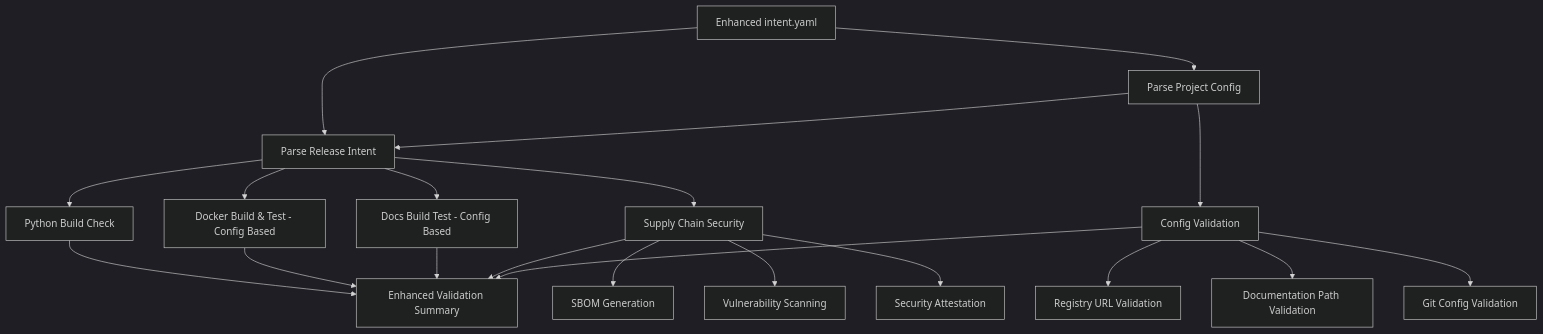
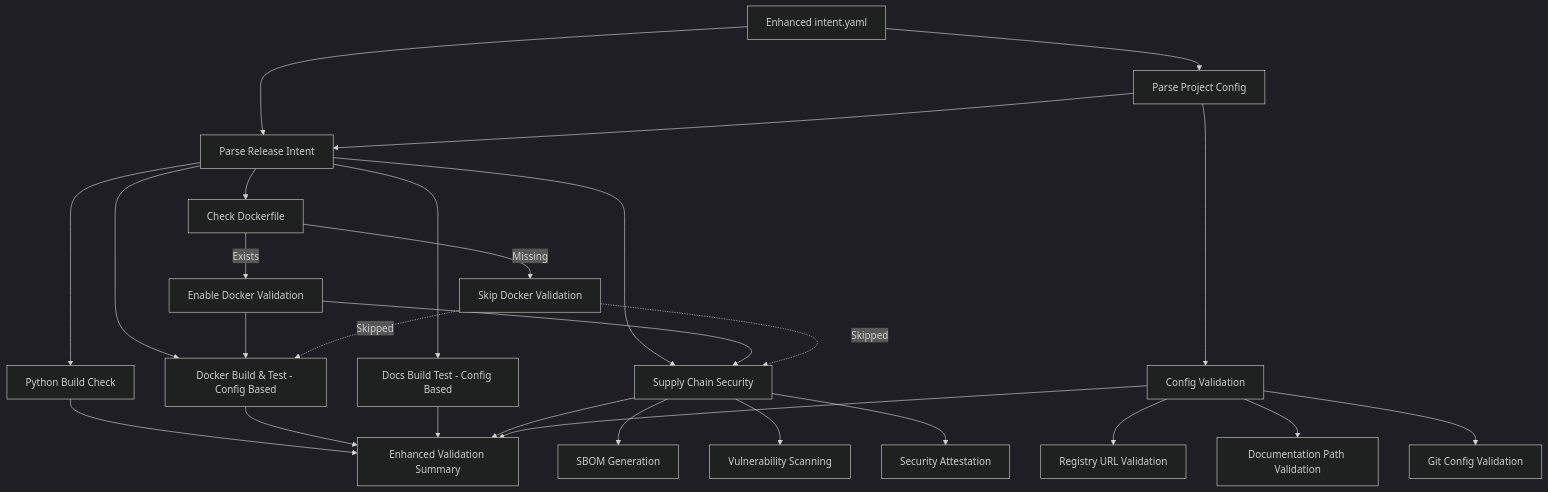
Before and after one commit to Chisanan232/slack-mcp-server: the second of 8 diagrams in docs/contents/development/ci-cd/release-system.mdx, drawn with Mermaid (dark theme). The commit also changed other lines of this file, not shown here.

Commit message:
✏️ Update the document content details about the CD changes of Dockerfile checking in the template repo.

````diff
--- a/docs/contents/development/ci-cd/release-system.mdx
+++ b/docs/contents/development/ci-cd/release-system.mdx
@@ -162,22 +209,31 @@
 ```mermaid
 graph TD
     A[Enhanced intent.yaml] --> B[Parse Project Config]
     A --> C[Parse Release Intent]
     B --> C
     
-    C --> D[Python Build Check]
-    C --> E[Docker Build & Test - Config Based]
-    C --> F[Docs Build Test - Config Based]
-    C --> G[Supply Chain Security]
+    C --> D[Check Dockerfile]
+    D -->|Exists| E[Enable Docker Validation]
+    D -->|Missing| F[Skip Docker Validation]
     
-    B --> H[Config Validation]
-    H --> I[Registry URL Validation]
-    H --> J[Documentation Path Validation]
-    H --> K[Git Config Validation]
+    C --> G[Python Build Check]
+    C --> H[Docker Build & Test - Config Based]
+    C --> I[Docs Build Test - Config Based]
+    C --> J[Supply Chain Security]
     
-    G --> L[SBOM Generation]
-    G --> M[Vulnerability Scanning]
-    G --> N[Security Attestation]
+    E --> H
+    E --> J
+    F -.->|Skipped| H
+    F -.->|Skipped| J
     
-    D & E & F & G & H --> O[Enhanced Validation Summary]
+    B --> K[Config Validation]
+    K --> L[Registry URL Validation]
+    K --> M[Documentation Path Validation]
+    K --> N[Git Config Validation]
+    
+    J --> O[SBOM Generation]
+    J --> P[Vulnerability Scanning]
+    J --> Q[Security Attestation]
+    
+    G & H & I & J & K --> R[Enhanced Validation Summary]
 ```
````
